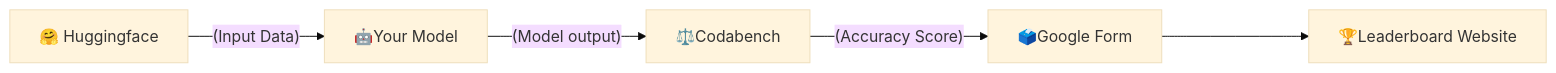
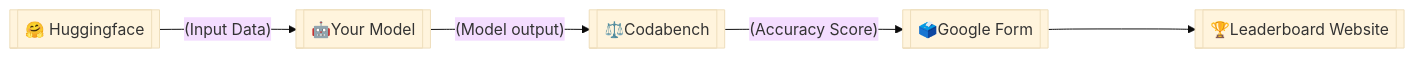
Before and after one commit to NovelQA/novelqa.github.io: the diagram in README.md, drawn with Mermaid (base theme). The commit also changed other lines of this file, not shown here.

````diff
--- a/README.md
+++ b/README.md
@@ -63,10 +59,10 @@
 ```mermaid
 
 graph LR
 
-    A[🤗 Huggingface]  --(Input Data)--> B[🤖Your Model]
-    B --(Model output)--> C[⚖️Codabench]
-    C --(Accuracy Score)--> D[🗳️Google Form]
-    D ----> E[🏆Leaderboard Website]
+    A[[🤗 Huggingface]]  --(Input Data)--> B[[🤖Your Model]]
+    B --(Model output)--> C[[⚖️Codabench]]
+    C --(Accuracy Score)--> D[[🗳️Google Form]]
+    D ----> E[[🏆Leaderboard Website]]
 
 ```
````
